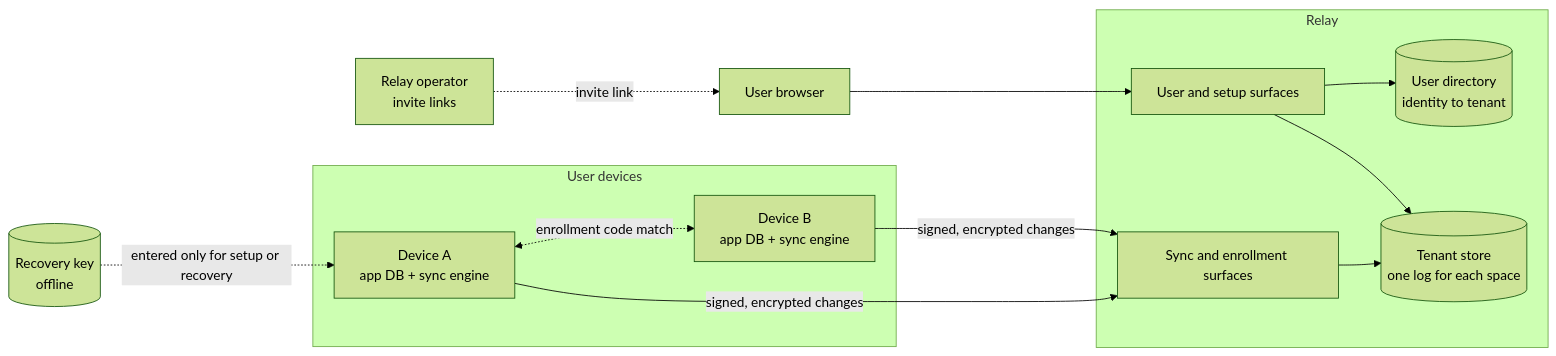
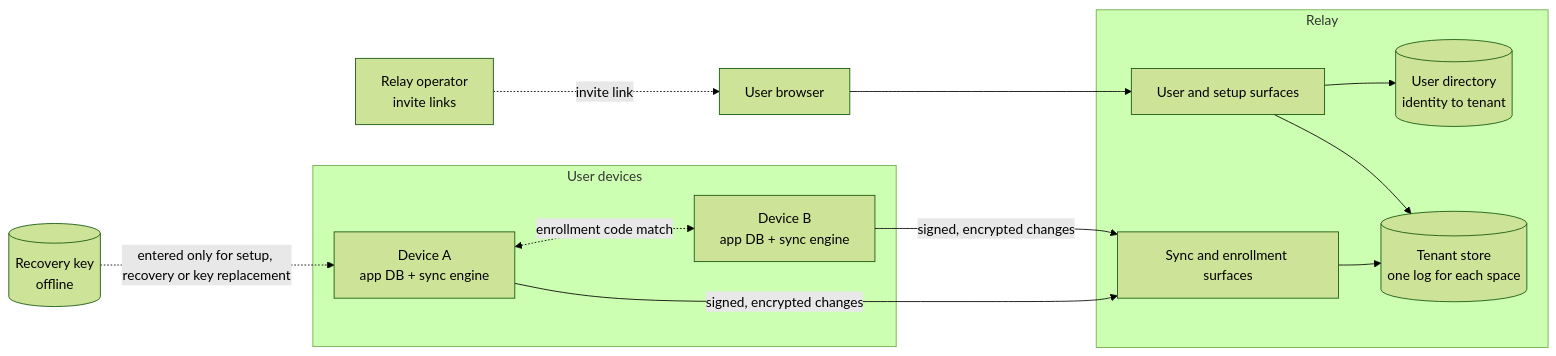
Before and after one commit to bcrisp4/snailfish: the diagram in DESIGN.md, drawn with Mermaid (forest theme). The commit also changed other lines of this file, not shown here.

````diff
--- a/DESIGN.md
+++ b/DESIGN.md
@@ -384,25 +400,25 @@
 ```mermaid
 flowchart LR
   subgraph User devices
     A[Device A<br/>app DB + sync engine]
     B[Device B<br/>app DB + sync engine]
   end
   Browser[User browser]
   Op[Relay operator<br/>invite links]
   RK[(Recovery key<br/>offline)]
   subgraph Relay
     S[Sync and enrollment surfaces]
     O[User and setup surfaces]
     Dir[(User directory<br/>identity to tenant)]
     T[(Tenant store<br/>one log for each space)]
   end
   A -- signed, encrypted changes --> S
   B -- signed, encrypted changes --> S
   A <-. enrollment code match .-> B
   Browser --> O
   Op -. invite link .-> Browser
   O --> Dir
   S --> T
   O --> T
-  RK -. entered only for setup or recovery .-> A
+  RK -. entered only for setup, recovery or key replacement .-> A
 ```
````
